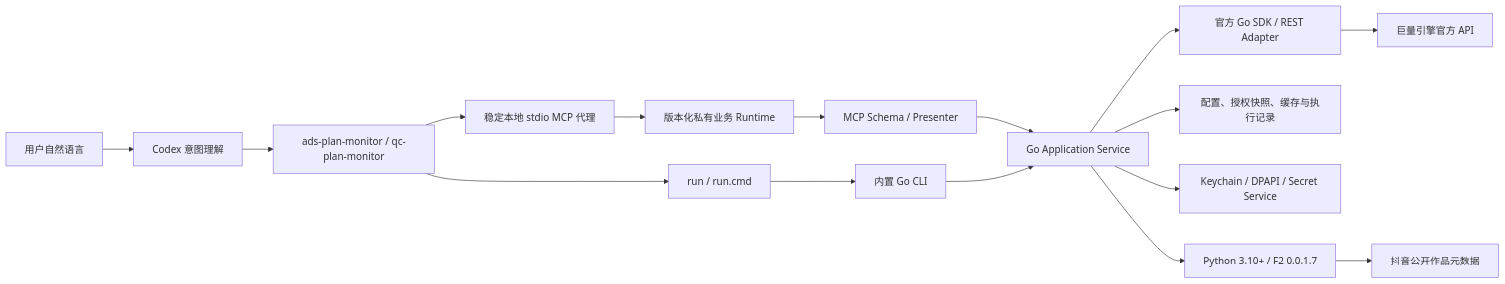
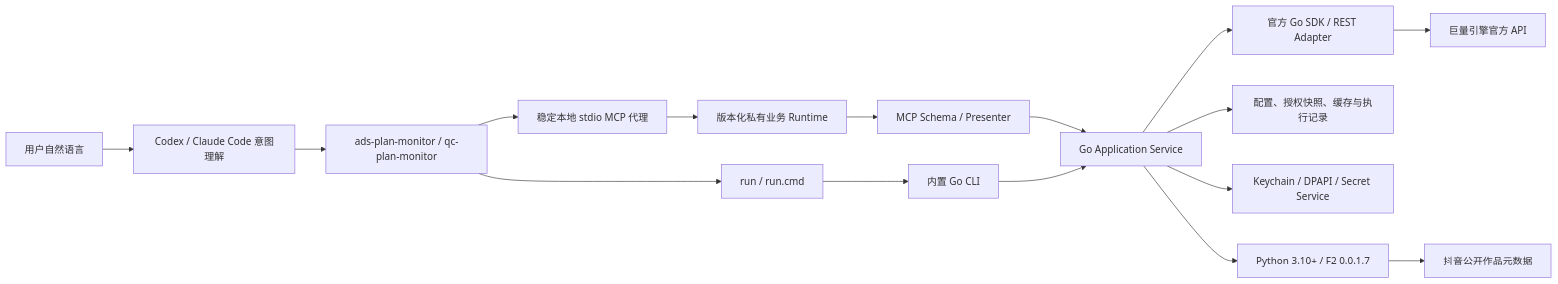
The diagram in docs/architecture.md (westng/ocean-watch), drawn with Mermaid before and after one commit. The commit also changed other lines of this file and 17 other files, not shown here.

````diff
--- a/docs/architecture.md
+++ b/docs/architecture.md
@@ -5,18 +5,18 @@
 ```mermaid
 flowchart LR
-    User["用户自然语言"] --> Codex["Codex 意图理解"]
-    Codex --> Skill["ads-plan-monitor / qc-plan-monitor"]
+    User["用户自然语言"] --> Host["Codex / Claude Code 意图理解"]
+    Host --> Skill["ads-plan-monitor / qc-plan-monitor"]
     Skill --> MCP["稳定本地 stdio MCP 代理"]
     MCP --> Runtime["版本化私有业务 Runtime"]
     Runtime --> MCPPresenter["MCP Schema / Presenter"]
     MCPPresenter --> Application["Go Application Service"]
     Skill --> Launcher["run / run.cmd"]
     Launcher --> Go["内置 Go CLI"]
     Go --> Application
     Application --> SDK["官方 Go SDK / REST Adapter"]
     SDK --> API["巨量引擎官方 API"]
     Application --> State["配置、授权快照、缓存与执行记录"]
     Application --> Secrets["Keychain / DPAPI / Secret Service"]
     Application --> F2["Python 3.10+ / F2 0.0.1.7"]
     F2 --> Public["抖音公开作品元数据"]
 ```
````
